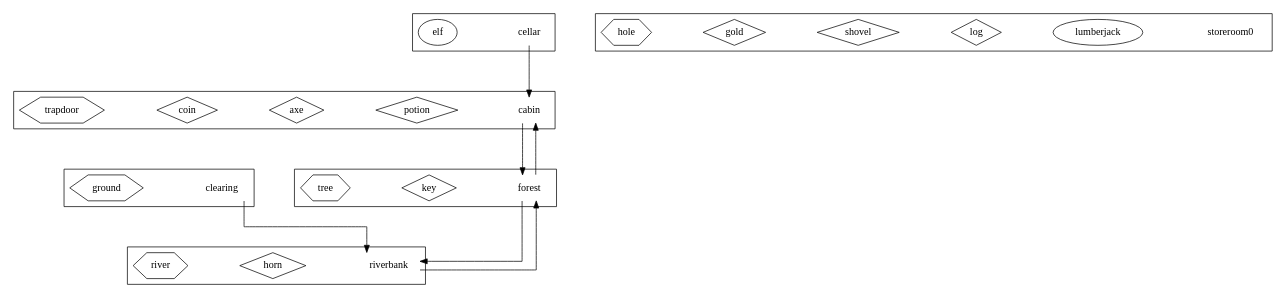
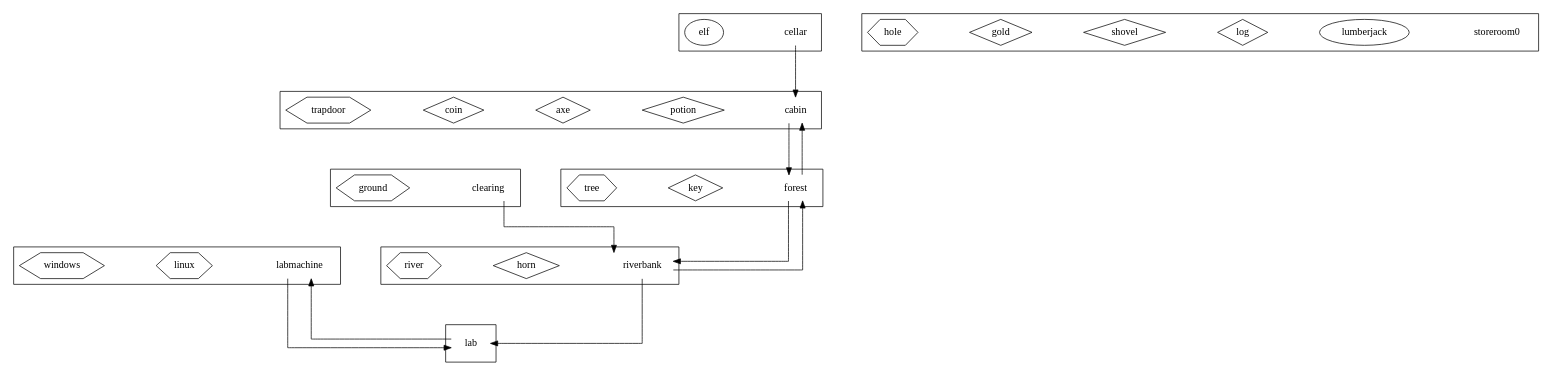
One commit to saquantum/JavaSTAG changed the diagram in cw-stag/config/my-entities.dot. Above: the diagram before and after it, drawn with Graphviz. The commit also changed 11 other files, not shown here.

```diff
--- a/cw-stag/config/my-entities.dot
+++ b/cw-stag/config/my-entities.dot
@@ -1,99 +1,118 @@
 digraph layout {
     /* ortho splines just makes the arrows into straight lines (rather than curvy ones !) */
     splines = ortho;
     /* space everything out a bit to make it easier to see (for larger models) */
     graph [ranksep="1" nodesep="1"];
     node [shape = "rect"];
 
     subgraph locations {
 
     subgraph cluster001 {
     node [shape = "none"];
     cabin [description = "A log cabin in the woods"];
     subgraph artefacts {
     node [shape = "diamond"];
     potion [description = "A bottle of magic potion"];
     axe [description = "A razor sharp axe"];
     coin [description = "A silver coin"];
     }
     subgraph furniture {
     node [shape = "hexagon"];
     trapdoor [description = "A locked wooden trapdoor in the floor"];
     }
     }
 
     subgraph cluster002 {
     node [shape = "none"];
     forest [description = "A deep dark forest"];
     subgraph artefacts {
     node [shape = "diamond"];
     key [description = "A rusty old key"];
     }
     subgraph furniture {
     node [shape = "hexagon"];
     tree [description = "A tall pine tree"];
     }
     }
 
     subgraph cluster003 {
     node [shape = "none"];
     cellar [description = "A dusty cellar"]
     subgraph characters {
     node [shape = "ellipse"];
     elf [description = "An angry looking Elf"];
     }
     }
 
     subgraph cluster004 {
     node [shape = "none"];
     riverbank [description = "A grassy riverbank"]
     subgraph artefacts {
     node [shape = "diamond"];
     horn [description = "An old brass horn"];
     }
     subgraph furniture {
     node [shape = "hexagon"];
     river [description = "A fast flowing river"];
     }
     }
 
     subgraph cluster005 {
     node [shape = "none"];
     clearing [description = "A clearing in the woods"]
     subgraph furniture {
     node [shape = "hexagon"];
     ground [description = "It looks like the soil has been recently disturbed"];
     }
     }
 
+    subgraph cluster006 {
+    node [shape = "none"];
+    lab [description = "Use lab machines"]
+    }
+
+    subgraph cluster007 {
+    node [shape = "none"];
+    labmachine [description = "should be linux"]
+    subgraph furniture {
+    node [shape = "hexagon"];
+    linux [description = "linux system"];
+    windows [description = "windows system" version = "11"];
+    }
+    }
+
+
     subgraph cluster998 {
     node [shape = "none"];
     storeroom0 [description = "Storage for any entities not placed in the game"]
     subgraph characters {
     node [shape = "ellipse"];
     lumberjack [description = "A burly wood cutter"];
     }
     subgraph artefacts {
     node [shape = "diamond"];
     log [description = "A heavy wooden log"];
     shovel [description = "A sturdy shovel"];
     gold [description = "A big pot of gold"];
     }
     subgraph furniture {
     node [shape = "hexagon"];
     hole [description = "A deep hole in the ground"];
     }
     }
 
     }
 
     subgraph paths {
     cabin -> forest;
     forest -> cabin;
     cellar -> cabin;
     forest -> riverbank
     riverbank -> forest
     clearing -> riverbank
+    riverbank -> lab;
+    lab -> labmachine;
+    labmachine -> lab;
     }
 
 }
```
